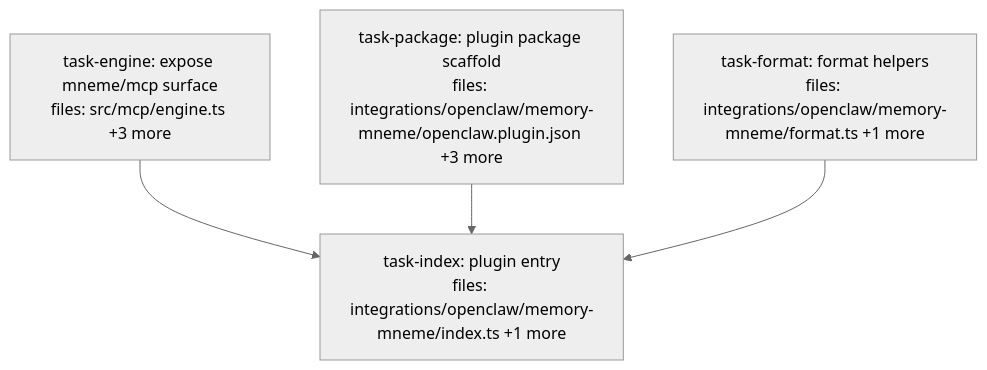
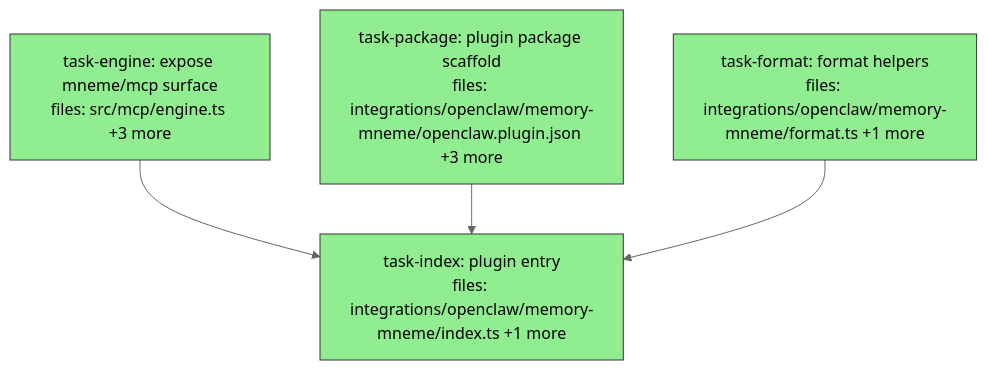
The diagram in docs/superpowers/plans/2026-07-01-openclaw-mneme-memory-plugin-dag.md (BrettNye/Mneme), drawn with Mermaid (neutral theme) before and after one commit. The commit also changed other lines of this file and 1 other file, not shown here.

Commit message:
docs(integrations): finalize DAG plan statuses + reconcile README API to registered tools
All 4 tasks done. README API section corrected to match the actual
tool signatures index.ts registers (single-args-object form).

````diff
--- a/docs/superpowers/plans/2026-07-01-openclaw-mneme-memory-plugin-dag.md
+++ b/docs/superpowers/plans/2026-07-01-openclaw-mneme-memory-plugin-dag.md
@@ -6,16 +6,16 @@
 ```mermaid
 flowchart TD
-    task-engine["task-engine: expose mneme/mcp surface<br/>files: src/mcp/engine.ts +3 more"]
-    task-package["task-package: plugin package scaffold<br/>files: integrations/openclaw/memory-mneme/openclaw.plugin.json +3 more"]
-    task-format["task-format: format helpers<br/>files: integrations/openclaw/memory-mneme/format.ts +1 more"]
-    task-index["task-index: plugin entry<br/>files: integrations/openclaw/memory-mneme/index.ts +1 more"]
+    task-engine["task-engine: expose mneme/mcp surface<br/>files: src/mcp/engine.ts +3 more"]:::done
+    task-package["task-package: plugin package scaffold<br/>files: integrations/openclaw/memory-mneme/openclaw.plugin.json +3 more"]:::done
+    task-format["task-format: format helpers<br/>files: integrations/openclaw/memory-mneme/format.ts +1 more"]:::done
+    task-index["task-index: plugin entry<br/>files: integrations/openclaw/memory-mneme/index.ts +1 more"]:::done
     task-engine --> task-index
     task-package --> task-index
     task-format --> task-index
 
     classDef done fill:#90ee90,stroke:#333
     classDef running fill:#87ceeb,stroke:#333
     classDef ready fill:#fffacd,stroke:#333
     classDef failed fill:#ffb6c1,stroke:#333
     classDef skipped fill:#d3d3d3,stroke:#333,stroke-dasharray: 5 5
 ```
````
